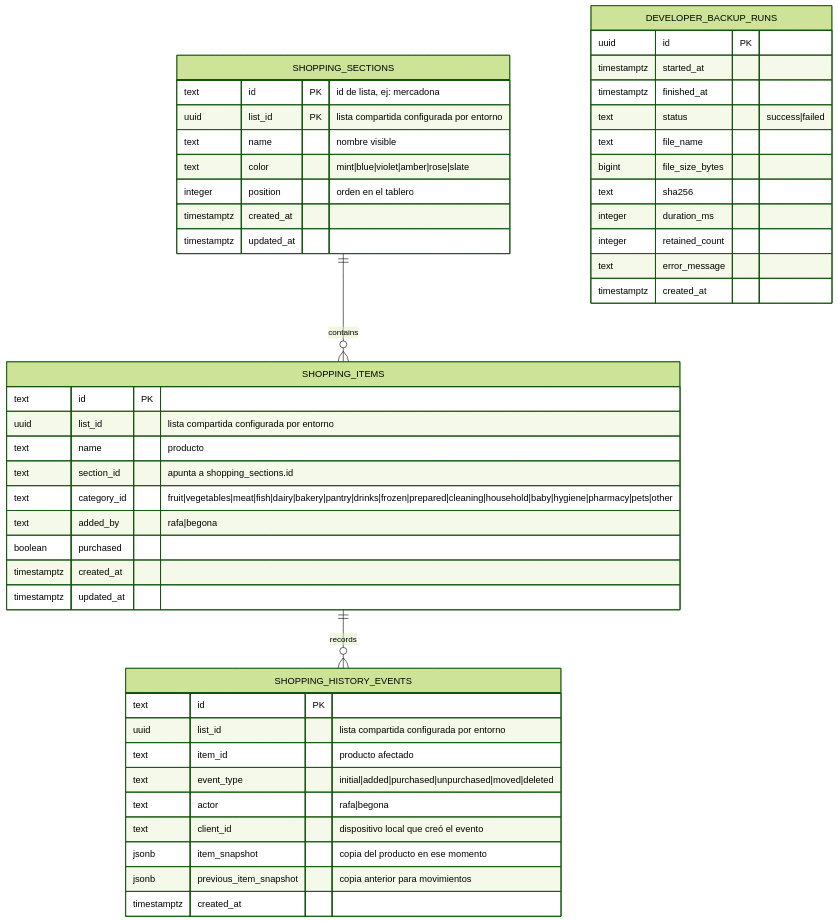
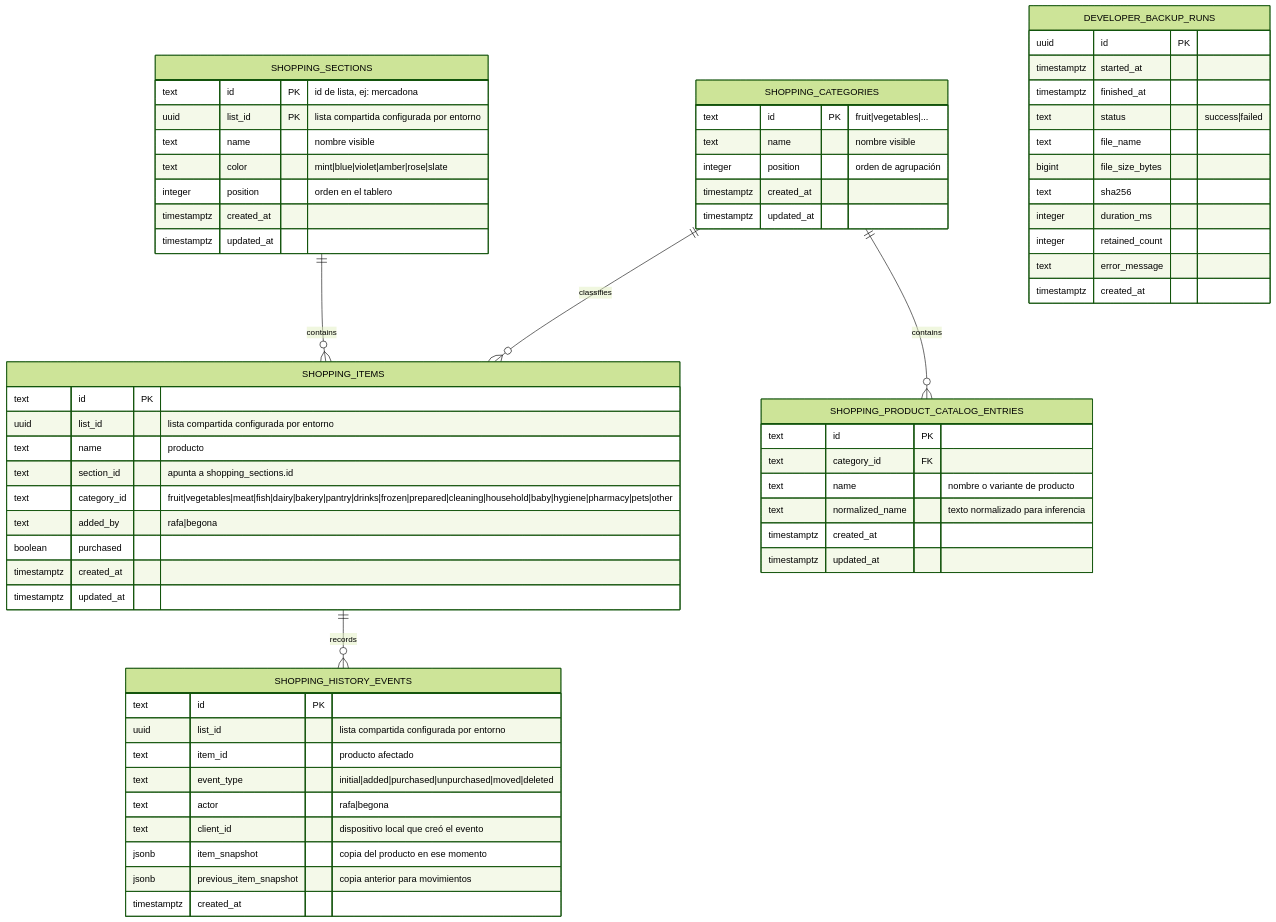
The diagram in docs/database-schema.md (ralph1985/jucart), drawn with Mermaid (forest theme) before and after one commit. The commit also changed other lines of this file and 16 other files, not shown here.

Commit message:
feat: move shopping categories to Supabase

````diff
--- a/docs/database-schema.md
+++ b/docs/database-schema.md
@@ -9,53 +9,72 @@
 ```mermaid
 erDiagram
   SHOPPING_SECTIONS ||--o{ SHOPPING_ITEMS : contains
+  SHOPPING_CATEGORIES ||--o{ SHOPPING_ITEMS : classifies
+  SHOPPING_CATEGORIES ||--o{ SHOPPING_PRODUCT_CATALOG_ENTRIES : contains
   SHOPPING_ITEMS ||--o{ SHOPPING_HISTORY_EVENTS : records
 
   SHOPPING_SECTIONS {
     text id PK "id de lista, ej: mercadona"
     uuid list_id PK "lista compartida configurada por entorno"
     text name "nombre visible"
     text color "mint|blue|violet|amber|rose|slate"
     integer position "orden en el tablero"
     timestamptz created_at
     timestamptz updated_at
   }
 
   SHOPPING_ITEMS {
     text id PK
     uuid list_id "lista compartida configurada por entorno"
     text name "producto"
     text section_id "apunta a shopping_sections.id"
     text category_id "fruit|vegetables|meat|fish|dairy|bakery|pantry|drinks|frozen|prepared|cleaning|household|baby|hygiene|pharmacy|pets|other"
     text added_by "rafa|begona"
     boolean purchased
+    timestamptz created_at
+    timestamptz updated_at
+  }
+
+  SHOPPING_CATEGORIES {
+    text id PK "fruit|vegetables|..."
+    text name "nombre visible"
+    integer position "orden de agrupación"
+    timestamptz created_at
+    timestamptz updated_at
+  }
+
+  SHOPPING_PRODUCT_CATALOG_ENTRIES {
+    text id PK
+    text category_id FK
+    text name "nombre o variante de producto"
+    text normalized_name "texto normalizado para inferencia"
     timestamptz created_at
     timestamptz updated_at
   }
 
   SHOPPING_HISTORY_EVENTS {
     text id PK
     uuid list_id "lista compartida configurada por entorno"
     text item_id "producto afectado"
     text event_type "initial|added|purchased|unpurchased|moved|deleted"
     text actor "rafa|begona"
     text client_id "dispositivo local que creó el evento"
     jsonb item_snapshot "copia del producto en ese momento"
     jsonb previous_item_snapshot "copia anterior para movimientos"
     timestamptz created_at
   }
 
   DEVELOPER_BACKUP_RUNS {
     uuid id PK
     timestamptz started_at
     timestamptz finished_at
     text status "success|failed"
     text file_name
     bigint file_size_bytes
     text sha256
     integer duration_ms
     integer retained_count
     text error_message
     timestamptz created_at
   }
 ```
````
